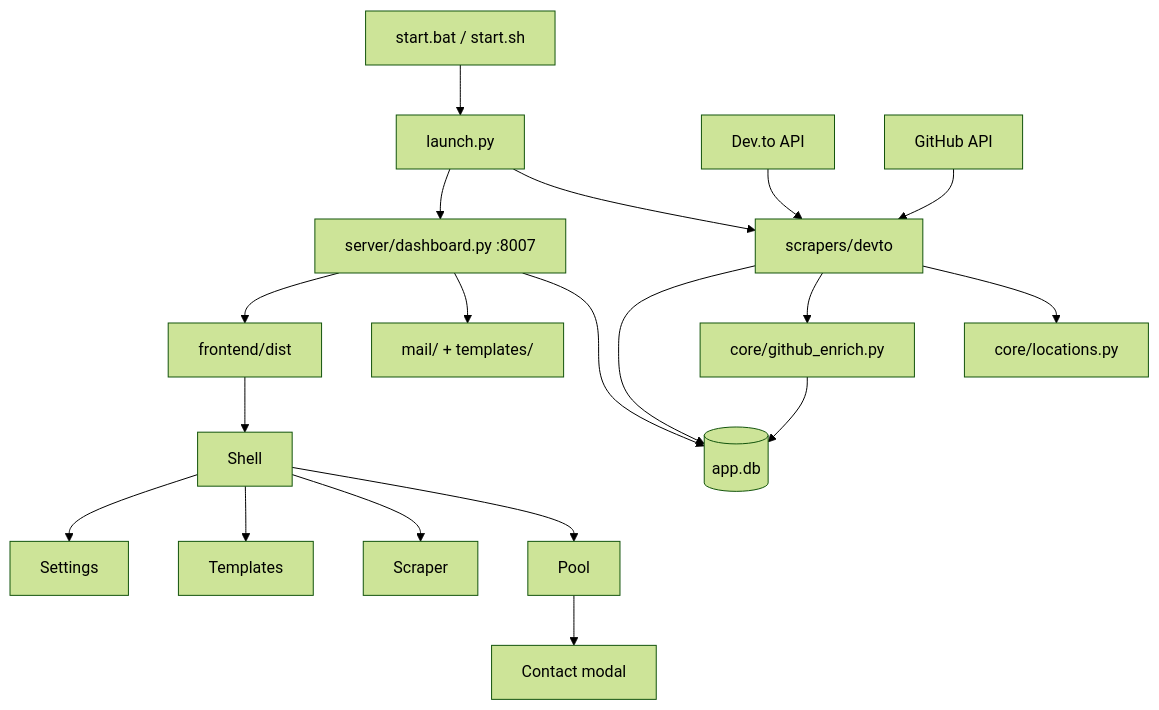
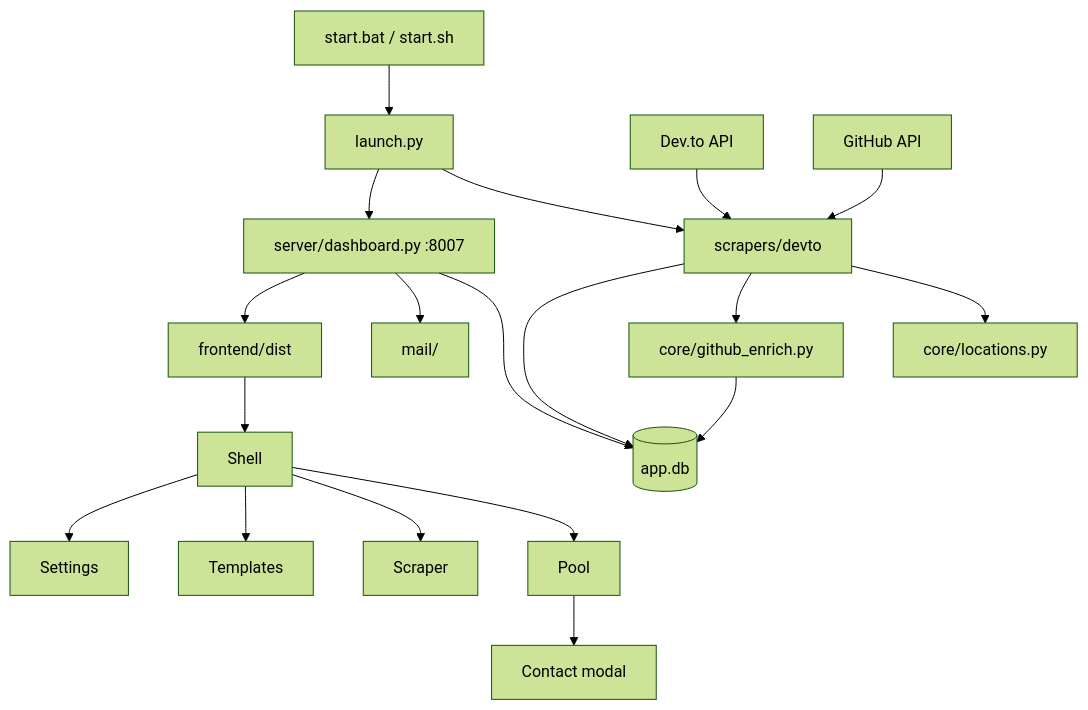
The diagram in README.md (coderanger428/green-card), drawn with Mermaid (forest theme) before and after one commit. The commit also changed other lines of this file and 40 other files, not shown here.

````diff
--- a/README.md
+++ b/README.md
@@ -5,24 +5,24 @@
 ```mermaid
 flowchart TB
   scripts["start.bat / start.sh"] --> launch["launch.py"]
   launch --> scraper["scrapers/devto"]
   launch --> dashboard["server/dashboard.py :8007"]
 
   devto["Dev.to API"] --> scraper
   github["GitHub API"] --> scraper
   scraper --> locations["core/locations.py"]
   scraper --> enrich["core/github_enrich.py"]
   scraper --> db[("app.db")]
   enrich --> db
 
   dashboard --> db
-  dashboard --> mail["mail/ + templates/"]
+  dashboard --> mail["mail/"]
   dashboard --> ui["frontend/dist"]
 
   ui --> shell["Shell"]
   shell --> pool["Pool"]
   shell --> scraperview["Scraper"]
   shell --> templatesview["Templates"]
   shell --> settings["Settings"]
   pool --> modal["Contact modal"]
 ```
````
